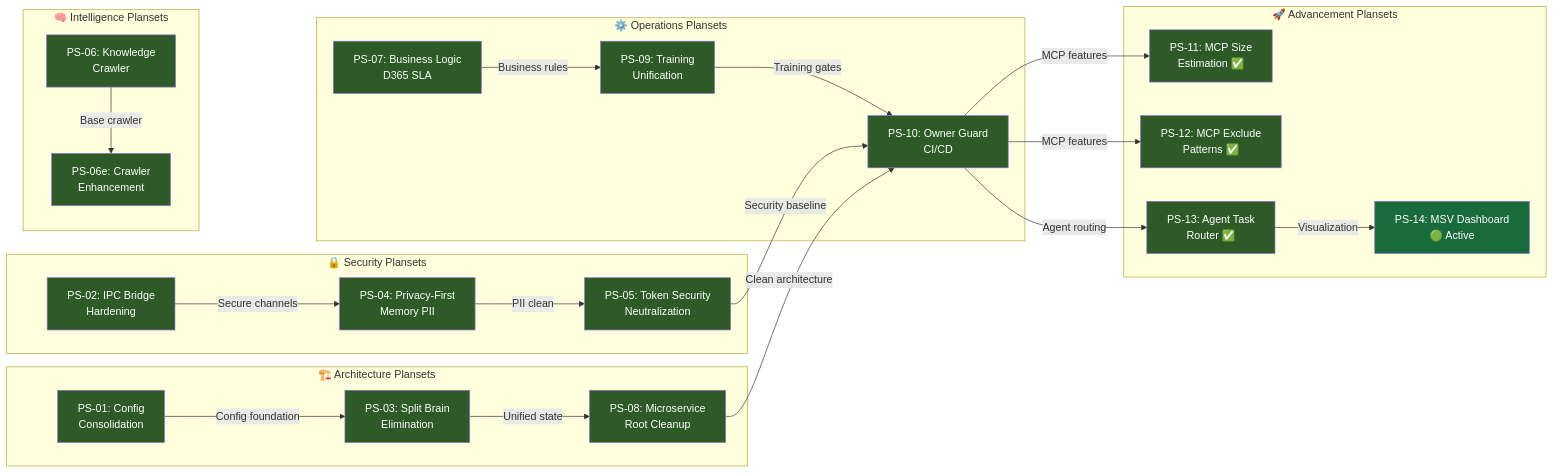
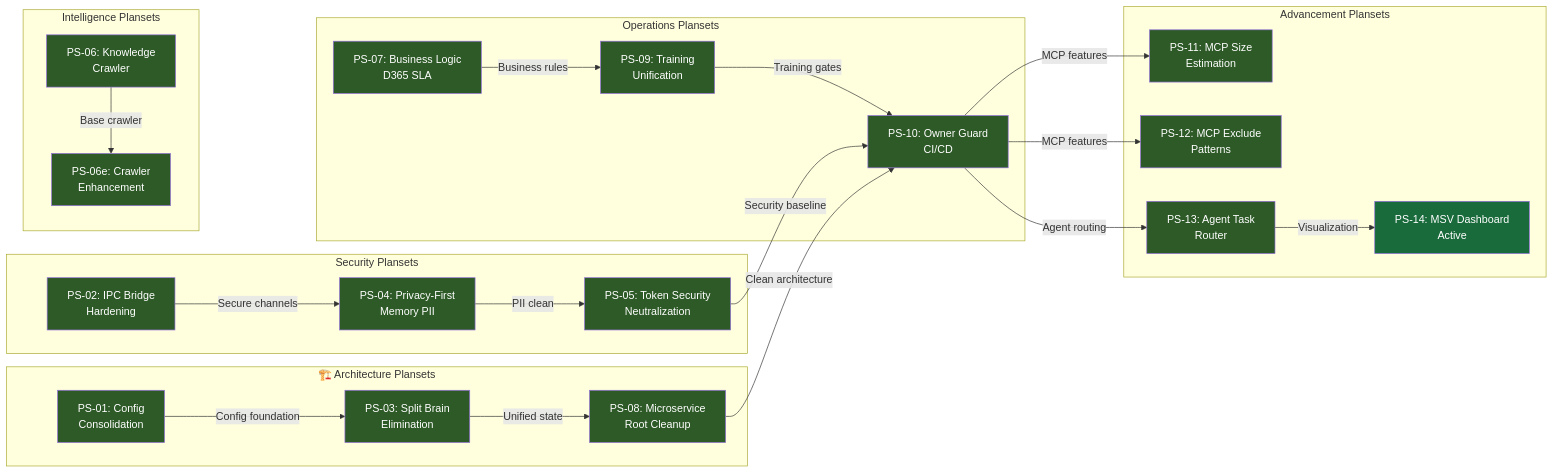
The second of 5 diagrams in docs/evolution/COGNITIVE_EVOLUTION_TREE.md (Aries-Serpent/_codex_), drawn with Mermaid before and after one commit. The commit also changed other lines of this file and 2029 other files, not shown here.

````diff
--- a/docs/evolution/COGNITIVE_EVOLUTION_TREE.md
+++ b/docs/evolution/COGNITIVE_EVOLUTION_TREE.md
@@ -86,63 +88,63 @@
 ```mermaid
-%%{init: {'accessibility': {'title': 'Flowchart showing "🔒 Security Plansets", PS-02: IPC Bridge<br/>Hardening'}}%%
+%%{init: {'accessibility': {'title': 'Flowchart showing " Security Plansets", PS-02: IPC Bridge<br/>Hardening'}}%%
 graph LR
-    subgraph Security["🔒 Security Plansets"]
+    subgraph Security[" Security Plansets"]
         PS02[PS-02: IPC Bridge<br/>Hardening]
         PS04[PS-04: Privacy-First<br/>Memory PII]
         PS05[PS-05: Token Security<br/>Neutralization]
     end
 
     subgraph Architecture["🏗️ Architecture Plansets"]
         PS01[PS-01: Config<br/>Consolidation]
         PS03[PS-03: Split Brain<br/>Elimination]
         PS08[PS-08: Microservice<br/>Root Cleanup]
     end
 
-    subgraph Intelligence["🧠 Intelligence Plansets"]
+    subgraph Intelligence[" Intelligence Plansets"]
         PS06[PS-06: Knowledge<br/>Crawler]
         PS06e[PS-06e: Crawler<br/>Enhancement]
     end
 
-    subgraph Operations["⚙️ Operations Plansets"]
+    subgraph Operations[" Operations Plansets"]
         PS07[PS-07: Business Logic<br/>D365 SLA]
         PS09[PS-09: Training<br/>Unification]
         PS10[PS-10: Owner Guard<br/>CI/CD]
     end
 
-    subgraph Advancement["🚀 Advancement Plansets"]
-        PS11[PS-11: MCP Size<br/>Estimation ✅]
-        PS12[PS-12: MCP Exclude<br/>Patterns ✅]
-        PS13[PS-13: Agent Task<br/>Router ✅]
-        PS14[PS-14: MSV Dashboard<br/>🟢 Active]
+    subgraph Advancement[" Advancement Plansets"]
+        PS11[PS-11: MCP Size<br/>Estimation ]
+        PS12[PS-12: MCP Exclude<br/>Patterns ]
+        PS13[PS-13: Agent Task<br/>Router ]
+        PS14[PS-14: MSV Dashboard<br/> Active]
     end
 
     PS01 -->|"Config foundation"| PS03
     PS03 -->|"Unified state"| PS08
     PS02 -->|"Secure channels"| PS04
     PS04 -->|"PII clean"| PS05
     PS06 -->|"Base crawler"| PS06e
     PS07 -->|"Business rules"| PS09
     PS09 -->|"Training gates"| PS10
     PS05 -->|"Security baseline"| PS10
     PS08 -->|"Clean architecture"| PS10
     PS10 -->|"MCP features"| PS11
     PS10 -->|"MCP features"| PS12
     PS10 -->|"Agent routing"| PS13
     PS13 -->|"Visualization"| PS14
 
     style PS01 fill:#2d5a27,color:#fff
     style PS02 fill:#2d5a27,color:#fff
     style PS03 fill:#2d5a27,color:#fff
     style PS04 fill:#2d5a27,color:#fff
     style PS05 fill:#2d5a27,color:#fff
     style PS06 fill:#2d5a27,color:#fff
     style PS06e fill:#2d5a27,color:#fff
     style PS07 fill:#2d5a27,color:#fff
     style PS08 fill:#2d5a27,color:#fff
     style PS09 fill:#2d5a27,color:#fff
     style PS10 fill:#2d5a27,color:#fff
     style PS11 fill:#2d5a27,color:#fff
     style PS12 fill:#2d5a27,color:#fff
     style PS13 fill:#2d5a27,color:#fff
     style PS14 fill:#1a6b3c,color:#fff
 ```
````
